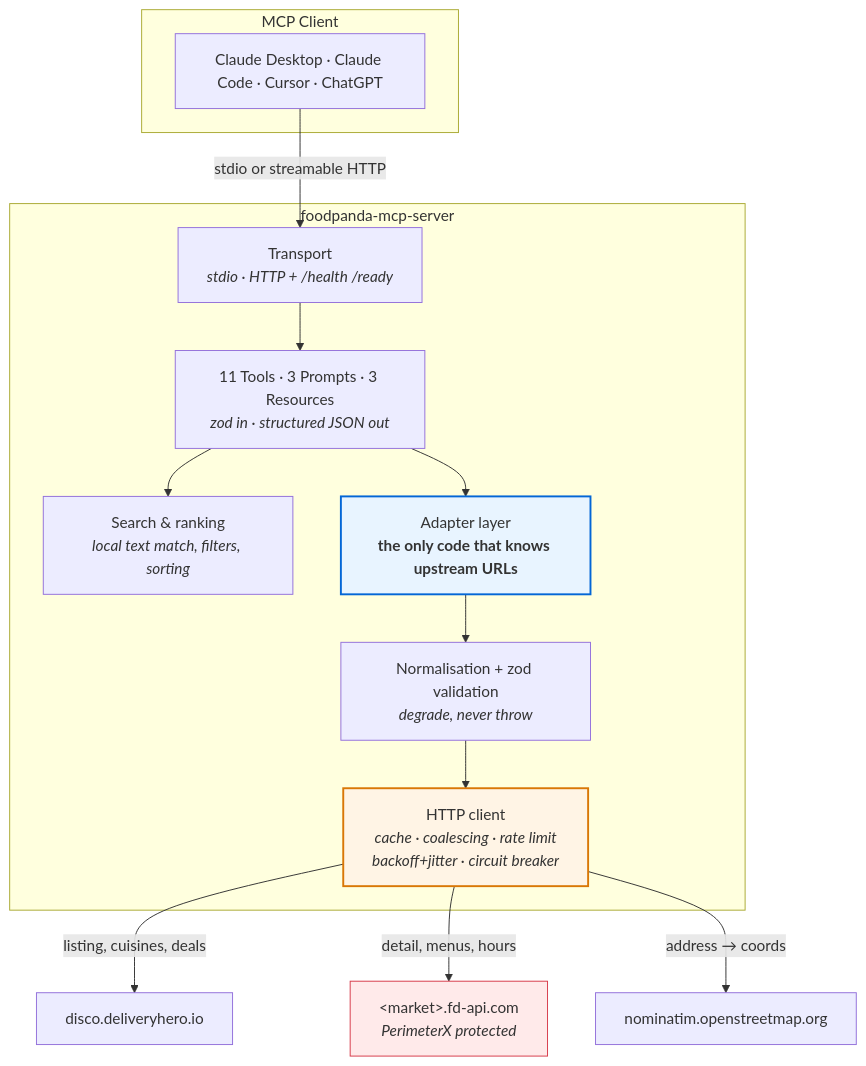
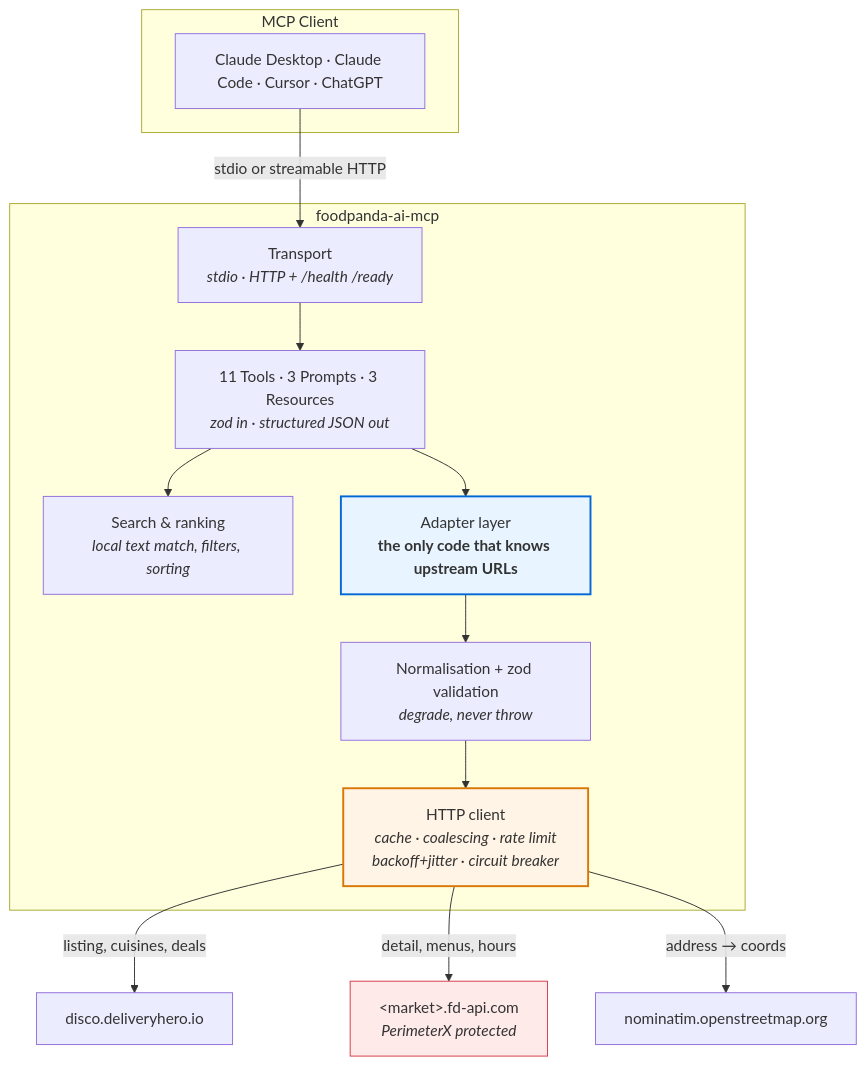
One commit to RehmTheGreat/foodpanda-ai-mcp changed the diagram in README.md. Above: the diagram before and after it, drawn with Mermaid. The commit also changed other lines of this file and 17 other files, not shown here.

First line of the commit message:
refactor!: rename project to foodpanda-ai-mcp

````diff
--- a/README.md
+++ b/README.md
@@ -363,25 +363,25 @@
 ```mermaid
 flowchart TD
     subgraph Client["MCP Client"]
         A["Claude Desktop · Claude Code · Cursor · ChatGPT"]
     end
 
     A -->|stdio or streamable HTTP| B
 
-    subgraph Server["foodpanda-mcp-server"]
+    subgraph Server["foodpanda-ai-mcp"]
         B["Transport<br/><i>stdio · HTTP + /health /ready</i>"]
         B --> C["11 Tools · 3 Prompts · 3 Resources<br/><i>zod in · structured JSON out</i>"]
         C --> D["Search & ranking<br/><i>local text match, filters, sorting</i>"]
         C --> E["Adapter layer<br/><b>the only code that knows upstream URLs</b>"]
         E --> F["Normalisation + zod validation<br/><i>degrade, never throw</i>"]
         F --> G["HTTP client<br/><i>cache · coalescing · rate limit<br/>backoff+jitter · circuit breaker</i>"]
     end
 
     G -->|"listing, cuisines, deals"| H["disco.deliveryhero.io"]
     G -->|"detail, menus, hours"| I["&lt;market&gt;.fd-api.com<br/><i>PerimeterX protected</i>"]
     G -->|"address → coords"| J["nominatim.openstreetmap.org"]
 
     style E fill:#e8f4ff,stroke:#0366d6,stroke-width:2px
     style G fill:#fff4e5,stroke:#d97706,stroke-width:2px
     style I fill:#ffeaea,stroke:#d73a49
 ```
````
